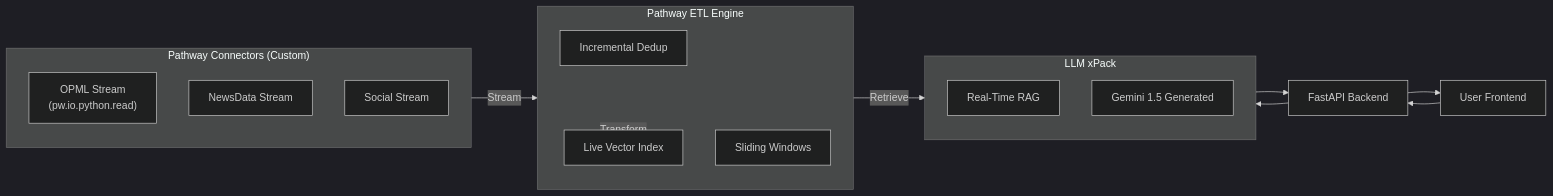
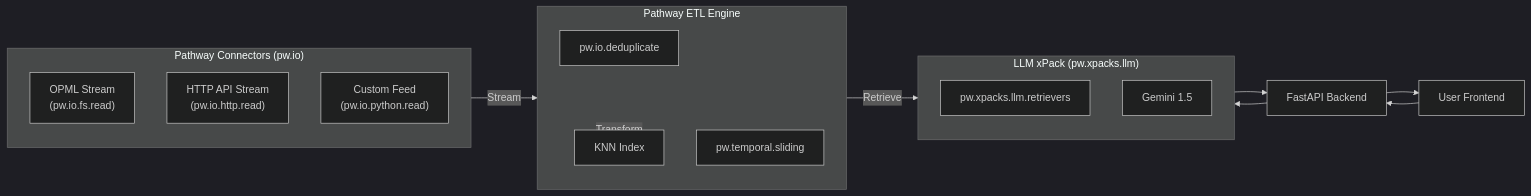
One commit to atharvavdeo/LiveAnalyst_Pathway changed the first of 2 diagrams in README.md. Above: the diagram before and after it, drawn with Mermaid (dark theme). The commit also changed other lines of this file, not shown here.

Commit message:
Update README with explicit Pathway documentation names

````diff
--- a/README.md
+++ b/README.md
@@ -72,33 +72,33 @@
 ```mermaid
 graph LR
     User[User Frontend]
     API[FastAPI Backend]
 
-    subgraph Inputs ["Pathway Connectors (Custom)"]
+    subgraph Inputs ["Pathway Connectors (pw.io)"]
         direction TB
-        OPML["OPML Stream<br/>(pw.io.python.read)"]
-        NewsData["NewsData Stream"]
-        Social["Social Stream"]
+        OPML["OPML Stream<br/>(pw.io.fs.read)"]
+        HTTP["HTTP API Stream<br/>(pw.io.http.read)"]
+        Custom["Custom Feed<br/>(pw.io.python.read)"]
     end
 
     subgraph Core ["Pathway ETL Engine"]
         direction TB
-        Dedup[Incremental Dedup]
-        Window[Sliding Windows]
-        Vector[Live Vector Index]
+        Dedup["pw.io.deduplicate"]
+        Window["pw.temporal.sliding"]
+        Vector["KNN Index"]
     end
 
-    subgraph AI ["LLM xPack"]
+    subgraph AI ["LLM xPack (pw.xpacks.llm)"]
         direction TB
-        RAG[Real-Time RAG]
-        Gen[Gemini 1.5 Generated]
+        RAG["pw.xpacks.llm.retrievers"]
+        Gen[Gemini 1.5]
     end
 
     Inputs -->|Stream| Core
     Core -->|Transform| Vector
     Vector -->|Retrieve| AI
     User --> API
     API --> AI
     AI --> API
     API --> User
 ```
````
